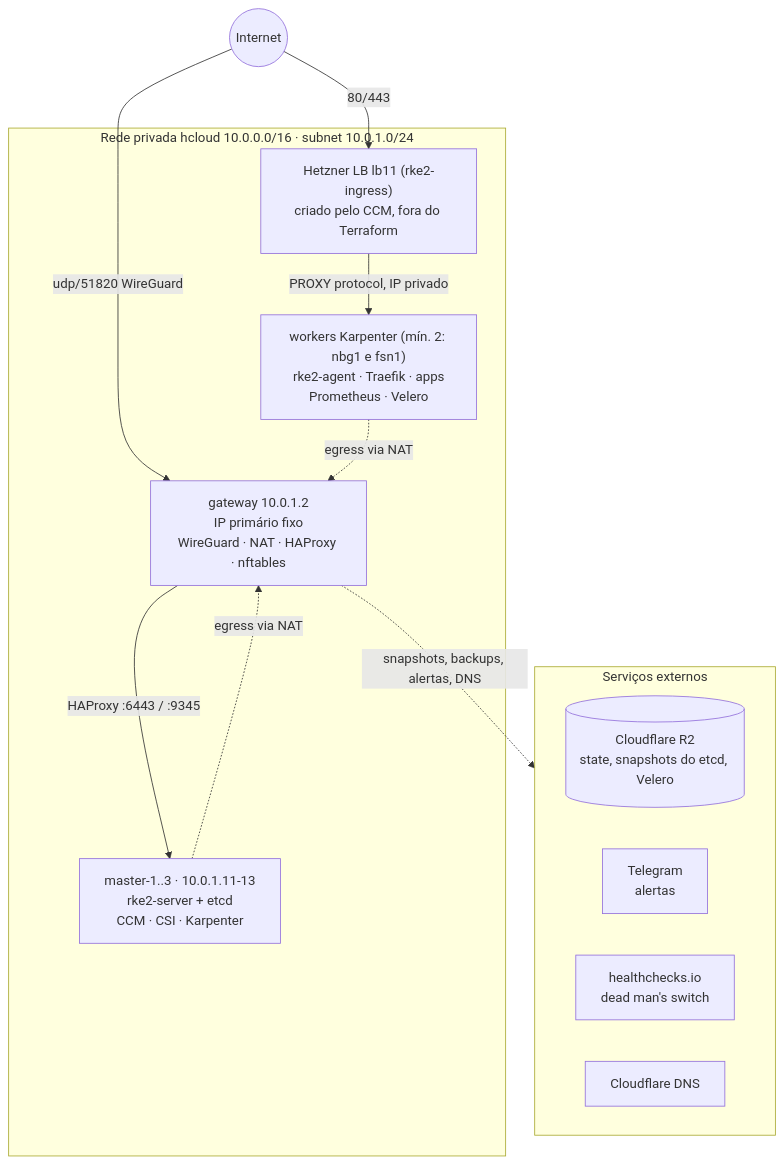
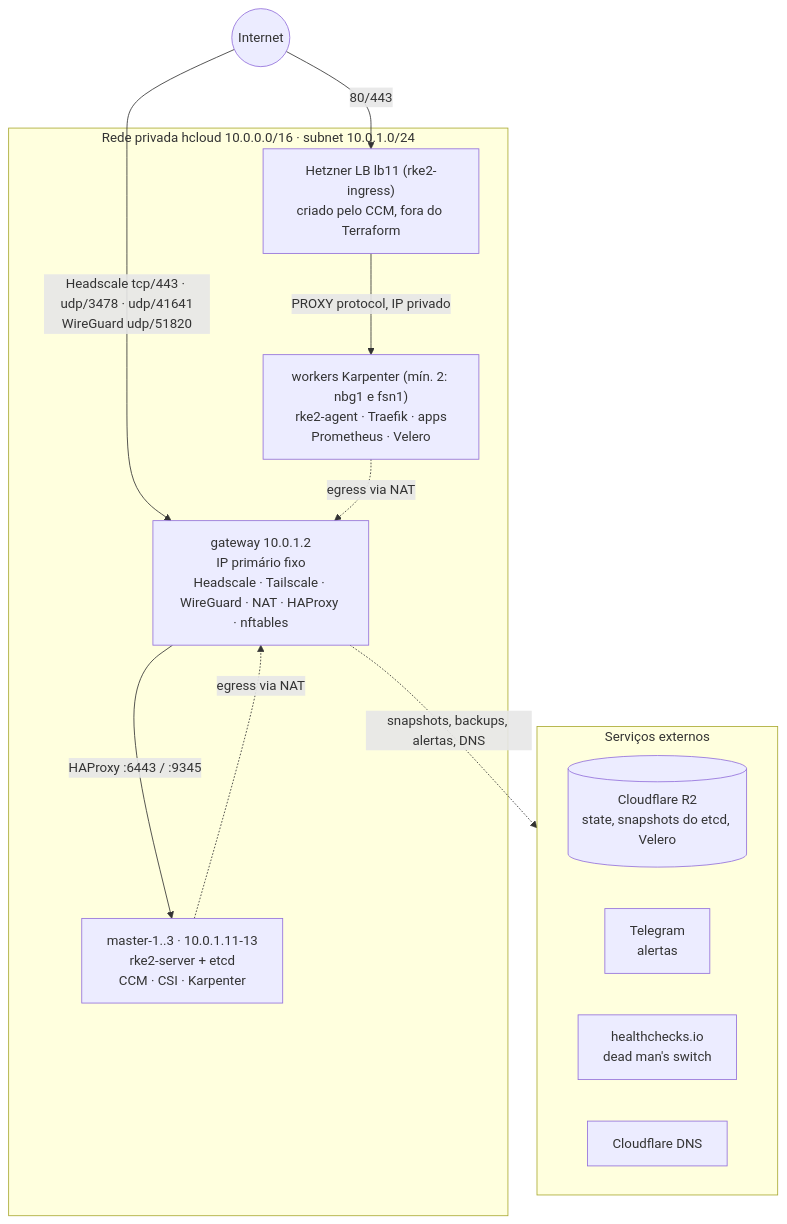
One commit to reginaldosousa/hetzner-rke2-terraform changed the first of 6 diagrams in docs/architecture.md. Above: the diagram before and after it, drawn with Mermaid. The commit also changed other lines of this file and 7 other files, not shown here.

````diff
--- a/docs/architecture.md
+++ b/docs/architecture.md
@@ -5,23 +5,23 @@
 ```mermaid
 flowchart TB
     internet((Internet))
     subgraph external["Serviços externos"]
         r2[("Cloudflare R2<br/>state, snapshots do etcd, Velero")]
         tg["Telegram<br/>alertas"]
         hc["healthchecks.io<br/>dead man's switch"]
         cf["Cloudflare DNS"]
     end
-    internet -- "udp/51820 WireGuard" --> gw
+    internet -- "Headscale tcp/443 · udp/3478 · udp/41641<br/>WireGuard udp/51820" --> gw
     internet -- "80/443" --> lb
     subgraph hcloud["Rede privada hcloud 10.0.0.0/16 · subnet 10.0.1.0/24"]
-        gw["gateway 10.0.1.2<br/>IP primário fixo<br/>WireGuard · NAT · HAProxy · nftables"]
+        gw["gateway 10.0.1.2<br/>IP primário fixo<br/>Headscale · Tailscale · WireGuard · NAT · HAProxy · nftables"]
         lb["Hetzner LB lb11 (rke2-ingress)<br/>criado pelo CCM, fora do Terraform"]
         masters["master-1..3 · 10.0.1.11-13<br/>rke2-server + etcd<br/>CCM · CSI · Karpenter"]
         workers["workers Karpenter (mín. 2: nbg1 e fsn1)<br/>rke2-agent · Traefik · apps<br/>Prometheus · Velero"]
     end
     gw -- "HAProxy :6443 / :9345" --> masters
     lb -- "PROXY protocol, IP privado" --> workers
     masters -. "egress via NAT" .-> gw
     workers -. "egress via NAT" .-> gw
     gw -. "snapshots, backups, alertas, DNS" .-> external
 ```
````
